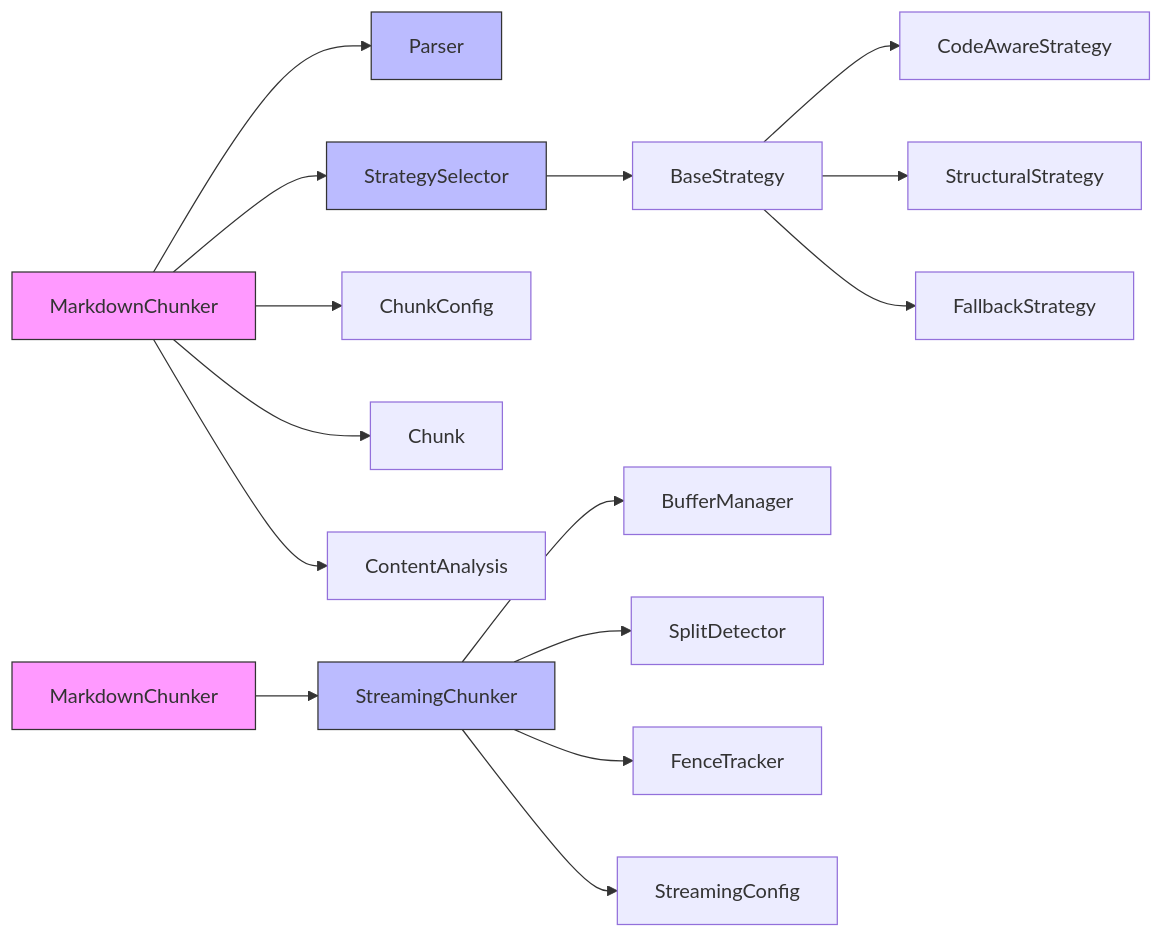
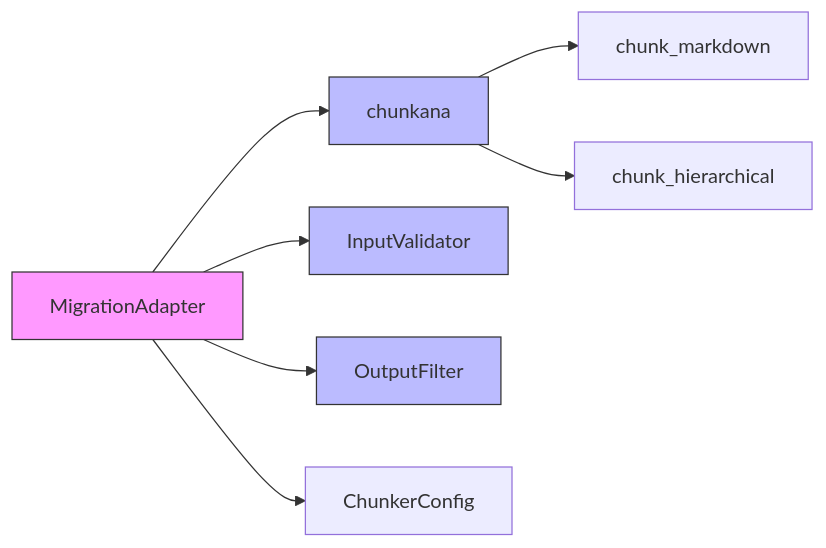
One commit to asukhodko/dify-markdown-chunker changed the eighth of 8 diagrams in .qoder/repowiki/en/content/Architecture/Architecture Overview.md. Above: the diagram before and after it, drawn with Mermaid. The commit also changed other lines of this file and 6 other files, not shown here.

First line of the commit message:
feat(adapter): introduce migration adapter for chunkana integration

````diff
--- a/.qoder/repowiki/en/content/Architecture/Architecture Overview.md
+++ b/.qoder/repowiki/en/content/Architecture/Architecture Overview.md
@@ -401,22 +376,13 @@
 ```mermaid
 graph LR
-A[MarkdownChunker] --> B[Parser]
-A --> C[StrategySelector]
-A --> D[ChunkConfig]
-C --> E[BaseStrategy]
-E --> F[CodeAwareStrategy]
-E --> G[StructuralStrategy]
-E --> H[FallbackStrategy]
-A --> I[Chunk]
-A --> J[ContentAnalysis]
-K[MarkdownChunker] --> L[StreamingChunker]
-L --> M[BufferManager]
-L --> N[SplitDetector]
-L --> O[FenceTracker]
-L --> P[StreamingConfig]
+A[MigrationAdapter] --> B[chunkana]
+A --> C[InputValidator]
+A --> D[OutputFilter]
+A --> E[ChunkerConfig]
+B --> F[chunk_markdown]
+B --> G[chunk_hierarchical]
 style A fill:#f9f,stroke:#333
 style B fill:#bbf,stroke:#333
 style C fill:#bbf,stroke:#333
-style K fill:#f9f,stroke:#333
-style L fill:#bbf,stroke:#333
+style D fill:#bbf,stroke:#333
 ```
````
